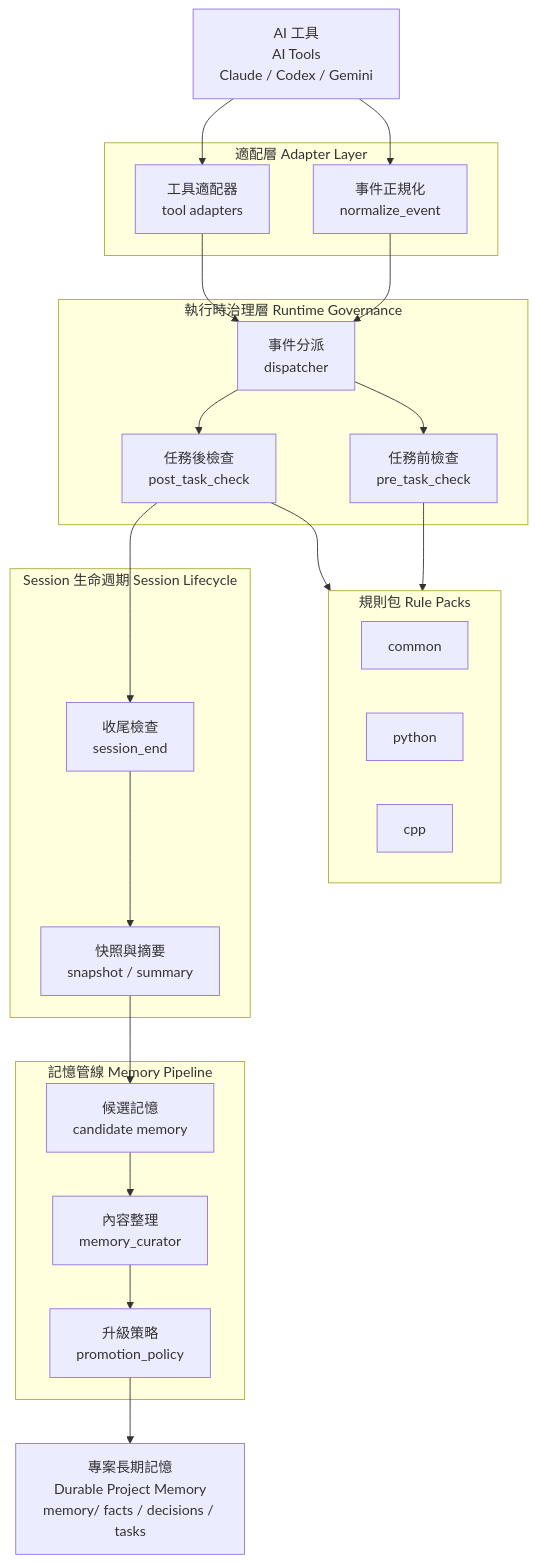
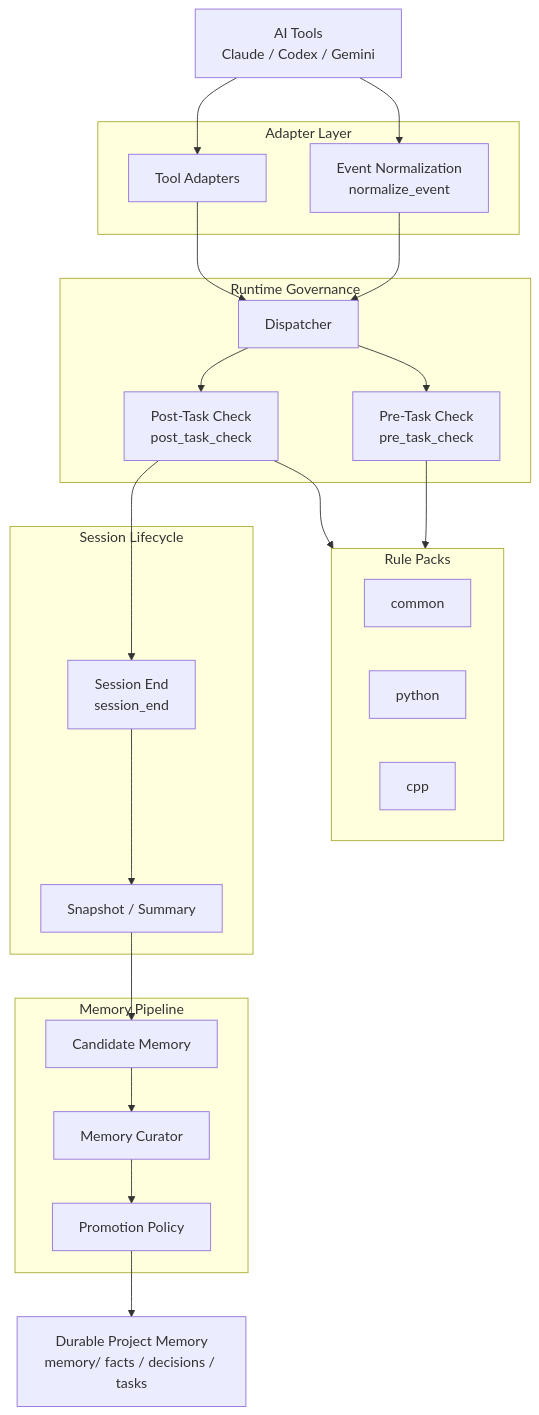
Before and after one commit to GavinWu672/ai-governance-framework: the second of 3 diagrams in README.md, drawn with Mermaid. The commit also changed other lines of this file, not shown here.

````diff
--- a/README.md
+++ b/README.md
@@ -307,49 +306,49 @@
 ```mermaid
 flowchart TB
-    A["AI 工具<br/>AI Tools<br/>Claude / Codex / Gemini"]
+    A["AI Tools<br/>Claude / Codex / Gemini"]
 
-    subgraph B["適配層 Adapter Layer"]
-        B1["事件正規化<br/>normalize_event"]
-        B2["工具適配器<br/>tool adapters"]
+    subgraph B["Adapter Layer"]
+        B1["Event Normalization<br/>normalize_event"]
+        B2["Tool Adapters"]
     end
 
-    subgraph C["執行時治理層 Runtime Governance"]
-        C1["事件分派<br/>dispatcher"]
-        C2["任務前檢查<br/>pre_task_check"]
-        C3["任務後檢查<br/>post_task_check"]
+    subgraph C["Runtime Governance"]
+        C1["Dispatcher"]
+        C2["Pre-Task Check<br/>pre_task_check"]
+        C3["Post-Task Check<br/>post_task_check"]
     end
 
-    subgraph D["規則包 Rule Packs"]
+    subgraph D["Rule Packs"]
         D1["common"]
         D2["python"]
         D3["cpp"]
     end
 
-    subgraph E["Session 生命週期 Session Lifecycle"]
-        E1["收尾檢查<br/>session_end"]
-        E2["快照與摘要<br/>snapshot / summary"]
+    subgraph E["Session Lifecycle"]
+        E1["Session End<br/>session_end"]
+        E2["Snapshot / Summary"]
     end
 
-    subgraph F["記憶管線 Memory Pipeline"]
-        F1["候選記憶<br/>candidate memory"]
-        F2["內容整理<br/>memory_curator"]
-        F3["升級策略<br/>promotion_policy"]
+    subgraph F["Memory Pipeline"]
+        F1["Candidate Memory"]
+        F2["Memory Curator"]
+        F3["Promotion Policy"]
     end
 
-    G["專案長期記憶<br/>Durable Project Memory<br/>memory/ facts / decisions / tasks"]
+    G["Durable Project Memory<br/>memory/ facts / decisions / tasks"]
 
     A --> B1
     A --> B2
     B1 --> C1
     B2 --> C1
     C1 --> C2
     C1 --> C3
     C2 --> D
     C3 --> D
     C3 --> E1
     E1 --> E2
     E2 --> F1
     F1 --> F2
     F2 --> F3
     F3 --> G
 ```
````
